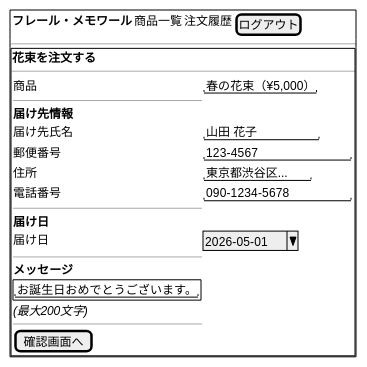
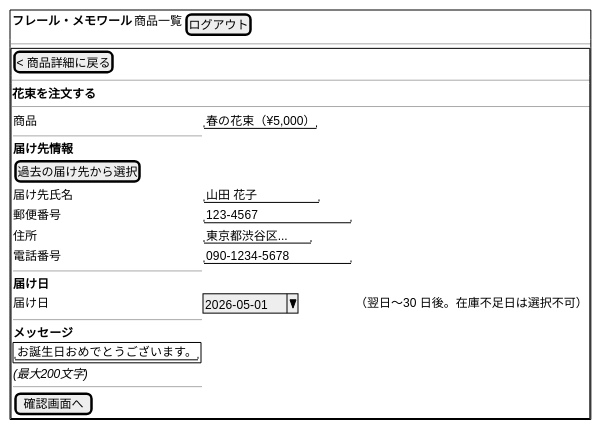
Before and after one commit to k2works/case-study-sdd-development: the fifth of 6 diagrams in docs/development/iteration_plan-3.md, drawn with PlantUML. The commit also changed other lines of this file, not shown here.

````diff
--- a/docs/development/iteration_plan-3.md
+++ b/docs/development/iteration_plan-3.md
@@ -373,34 +383,37 @@
 ```plantuml
 @startsalt
 {+
   {
-    <b>フレール・メモワール | 商品一覧 | 注文履歴 | [ログアウト]
+    <b>フレール・メモワール | 商品一覧 | [ログアウト]
   }
   ---
   {+
+    [< 商品詳細に戻る]
+    ---
     <b>花束を注文する
     ---
     {
       商品 | "春の花束（¥5,000）"
       ---
       <b>届け先情報
+      [過去の届け先から選択]
       届け先氏名 | "山田 花子         "
       郵便番号   | "123-4567          "
       住所       | "東京都渋谷区...    "
       電話番号   | "090-1234-5678     "
       ---
       <b>届け日
-      届け日     | ^2026-05-01^
+      届け日     | ^2026-05-01^ | （翌日〜30 日後。在庫不足日は選択不可）
       ---
       <b>メッセージ
       {+
         "お誕生日おめでとうございます。"
       }
       <i>(最大200文字)
       ---
       [  確認画面へ  ]
     }
   }
 }
 @endsalt
 ```
````
